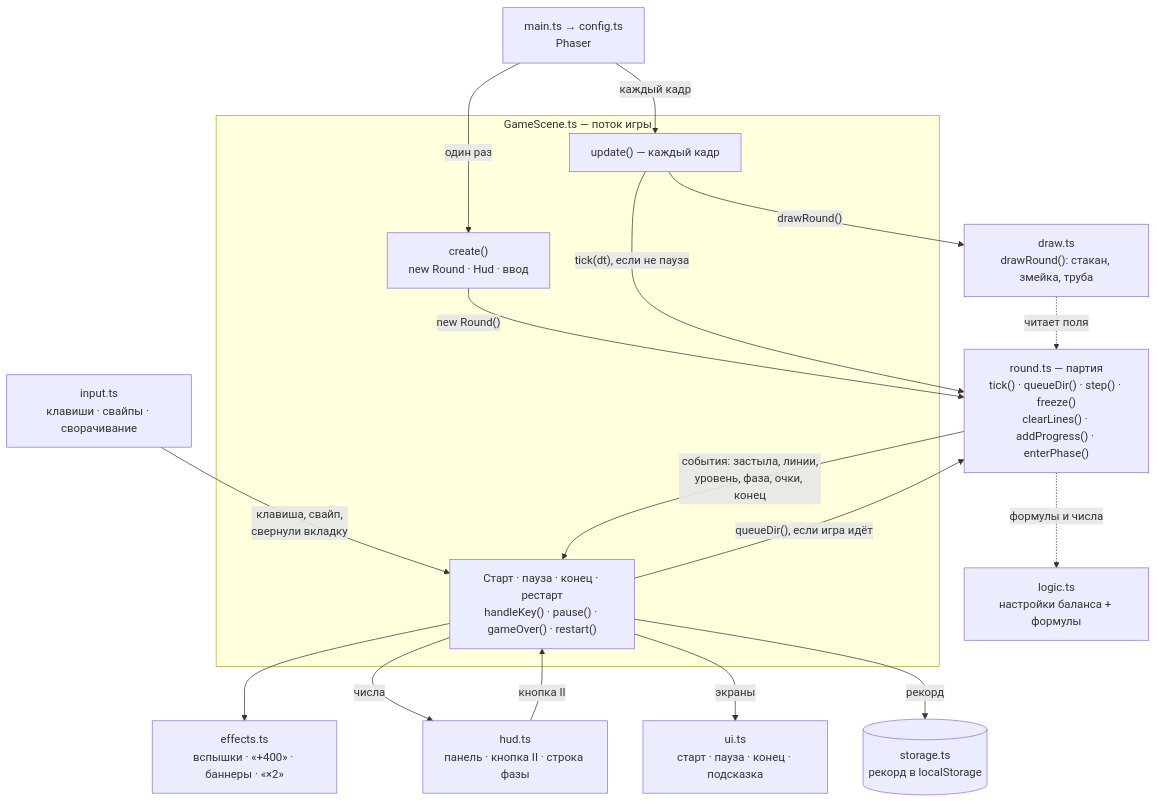
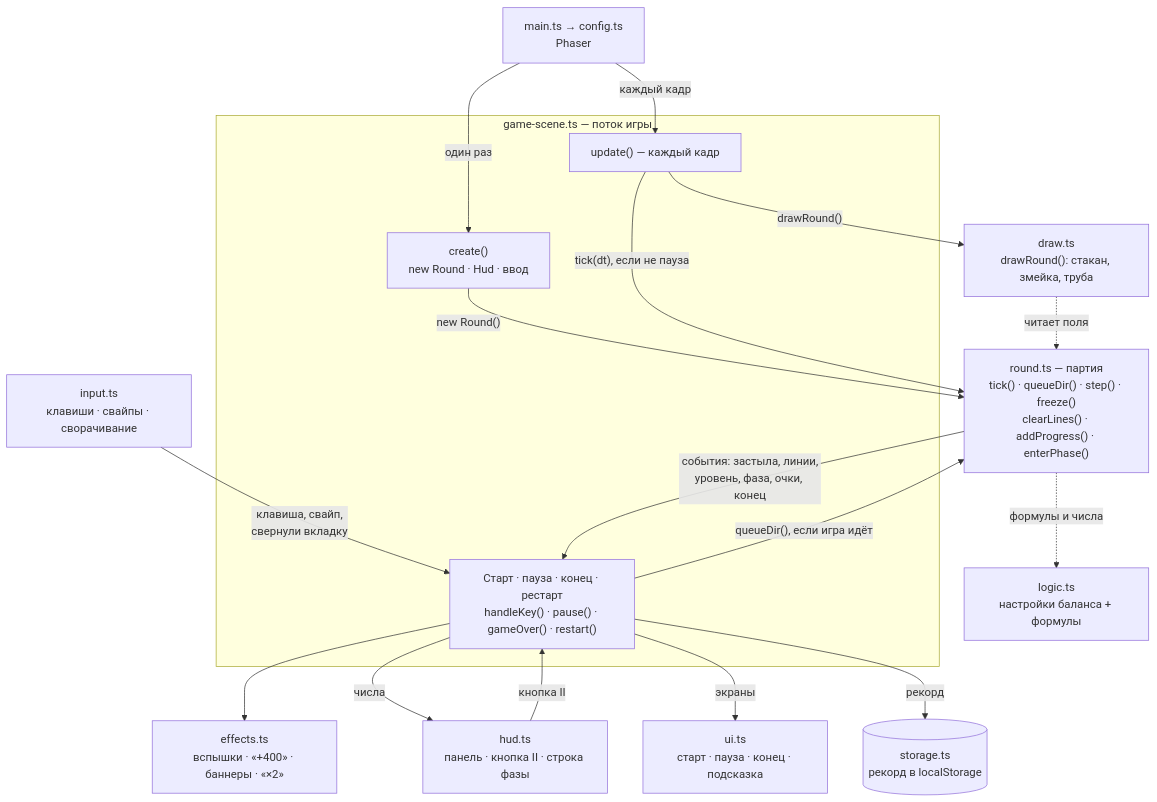
The diagram in ARCHITECTURE.md (qwertochyo/gamedev-2026), drawn with Mermaid before and after one commit. The commit also changed other lines of this file and 1 other file, not shown here.

````diff
--- a/ARCHITECTURE.md
+++ b/ARCHITECTURE.md
@@ -9,35 +9,35 @@
 ```mermaid
 flowchart TD
   main["main.ts → config.ts<br/>Phaser"]
 
-  subgraph SC["GameScene.ts — поток игры"]
+  subgraph SC["game-scene.ts — поток игры"]
     create["create()<br/>new Round · Hud · ввод"]
     update["update() — каждый кадр"]
     flow["Старт · пауза · конец · рестарт<br/>handleKey() · pause() · gameOver() · restart()"]
   end
 
   input["input.ts<br/>клавиши · свайпы · сворачивание"]
   round["round.ts — партия<br/>tick() · queueDir() · step() · freeze()<br/>clearLines() · addProgress() · enterPhase()"]
   logic["logic.ts<br/>настройки баланса + формулы"]
   draw["draw.ts<br/>drawRound(): стакан, змейка, труба"]
   hud["hud.ts<br/>панель · кнопка II · строка фазы"]
   effects["effects.ts<br/>вспышки · «+400» · баннеры · «×2»"]
   ui["ui.ts<br/>старт · пауза · конец · подсказка"]
   storage[("storage.ts<br/>рекорд в localStorage")]
 
   main -- "один раз" --> create
   main -- "каждый кадр" --> update
   create -- "new Round()" --> round
   input -- "клавиша, свайп,<br/>свернули вкладку" --> flow
   hud -- "кнопка II" --> flow
   flow -- "queueDir(), если игра идёт" --> round
   update -- "tick(dt), если не пауза" --> round
   update -- "drawRound()" --> draw
   draw -. "читает поля" .-> round
   round -- "события: застыла, линии,<br/>уровень, фаза, очки, конец" --> flow
   flow --> effects
   flow -- "числа" --> hud
   flow -- "экраны" --> ui
   flow -- "рекорд" --> storage
   round -. "формулы и числа" .-> logic
 ```
````
